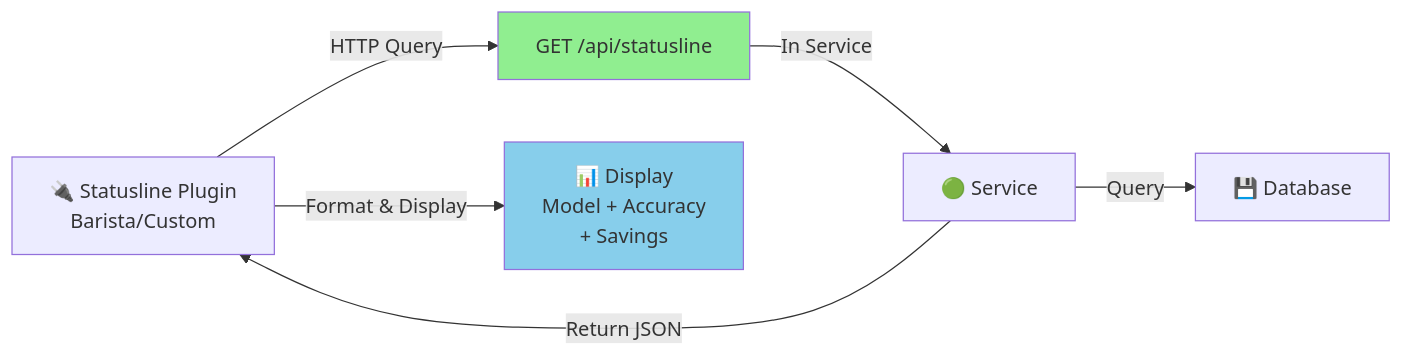
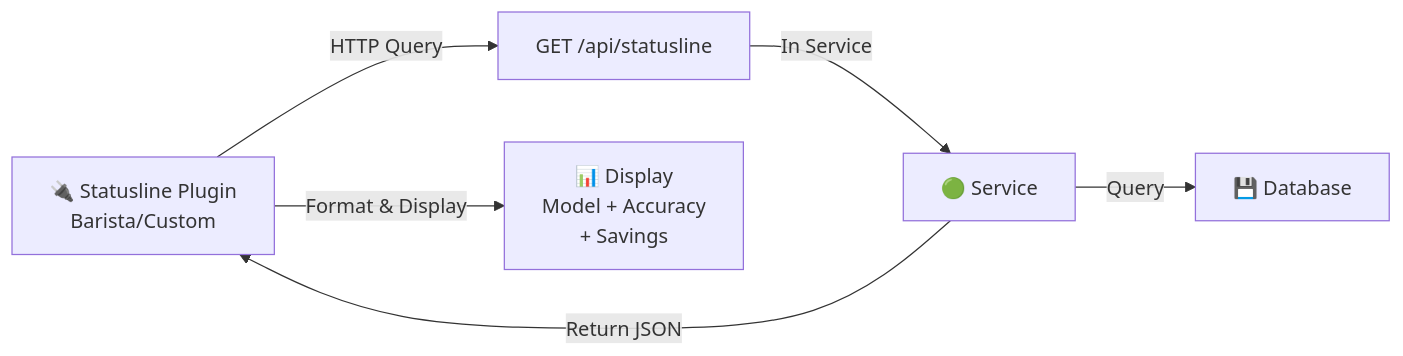
The fourth of 12 diagrams in ARCHITECTURE_DIAGRAMS.md (szibis/LLMSentinel), drawn with Mermaid before and after one commit. The commit also changed other lines of this file and 60 other files, not shown here.

````diff
--- a/ARCHITECTURE_DIAGRAMS.md
+++ b/ARCHITECTURE_DIAGRAMS.md
@@ -87,17 +90,15 @@
 ```mermaid
+%%{init: { 'theme': 'auto' } }%%
 graph LR
     Plugin["🔌 Statusline Plugin<br/>Barista/Custom"]
     Endpoint["GET /api/statusline"]
     Service["🟢 Service"]
     DB["💾 Database"]
     Render["📊 Display<br/>Model + Accuracy<br/>+ Savings"]
 
     Plugin -->|"HTTP Query"| Endpoint
     Endpoint -->|"In Service"| Service
     Service -->|"Query"| DB
     Service -->|"Return JSON"| Plugin
     Plugin -->|"Format & Display"| Render
-    
-    style Endpoint fill:#90EE90
-    style Render fill:#87CEEB
 ```
````
